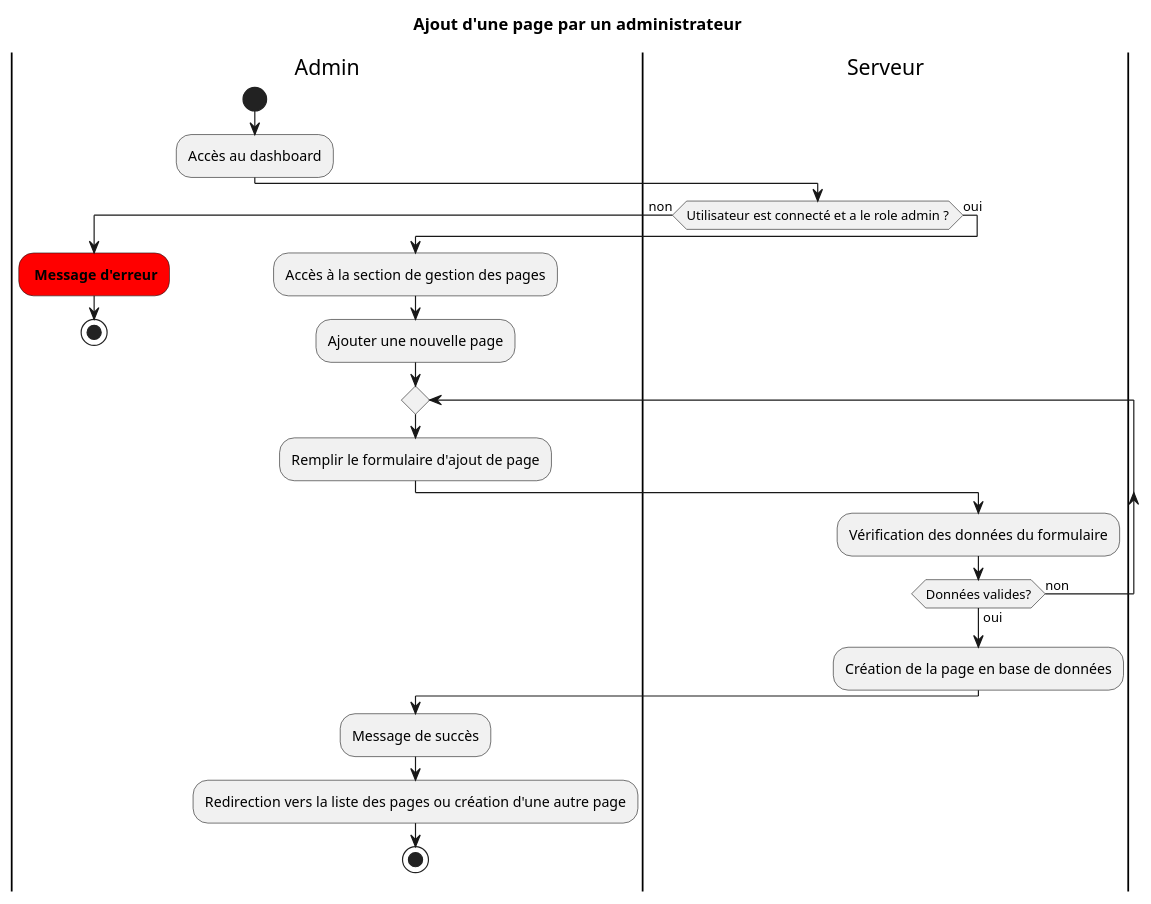
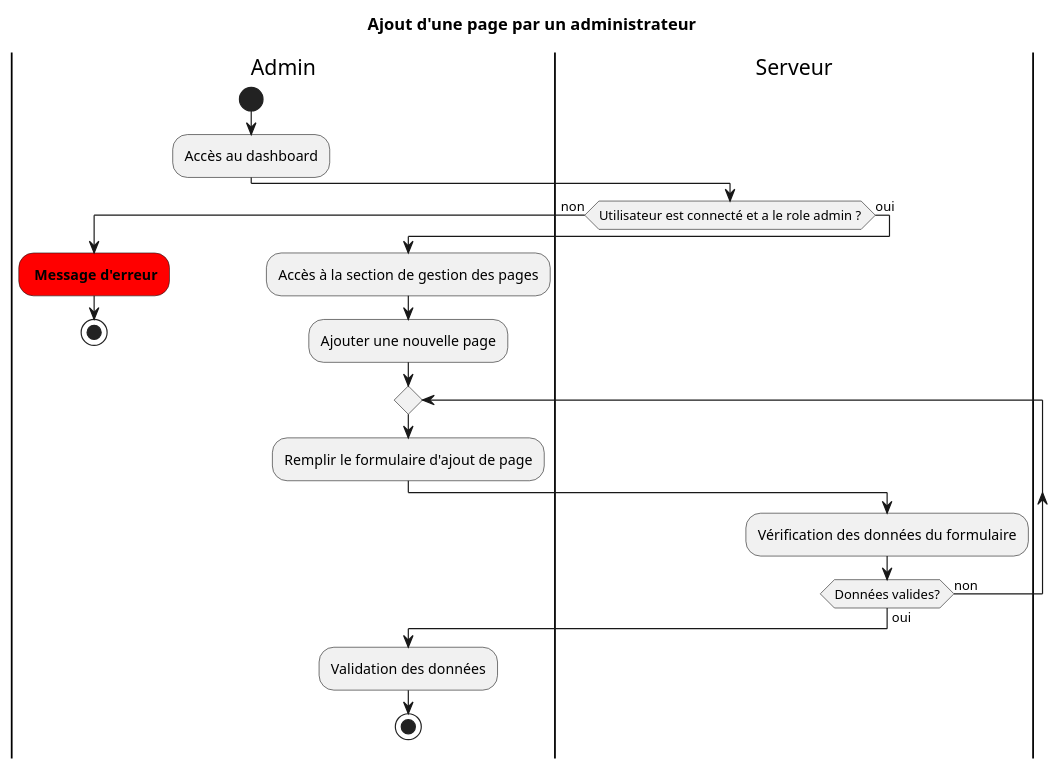
Before and after one commit to fledgless/PFI-HDF: the diagram in public/conception/diagrammes/activite/AdminAddPage.puml, drawn with PlantUML. The commit also changed 14 other files, not shown here.

Commit message:
ajout des diagrammes d'activité de lecture et de modification d'objet

```diff
--- a/public/conception/diagrammes/activite/AdminAddPage.puml
+++ b/public/conception/diagrammes/activite/AdminAddPage.puml
@@ -1,26 +1,24 @@
 @startuml AdminAddPage
 title Ajout d'une page par un administrateur
 |Admin|
 start
 :Accès au dashboard;
 |Serveur|
 if (Utilisateur est connecté et a le role admin ?) then (non)
   |Admin|
   #red: **Message d'erreur**;
   stop
 else (oui)
   |Admin|
   :Accès à la section de gestion des pages;
   :Ajouter une nouvelle page;
   repeat
   :Remplir le formulaire d'ajout de page;
   |Serveur|
   :Vérification des données du formulaire;
   repeat while (Données valides?) is (non) not (oui)
-    :Création de la page en base de données;
     |Admin|
-    :Message de succès;
-    :Redirection vers la liste des pages ou création d'une autre page;
+    :Validation des données;
     stop
 endif
 @enduml
```
